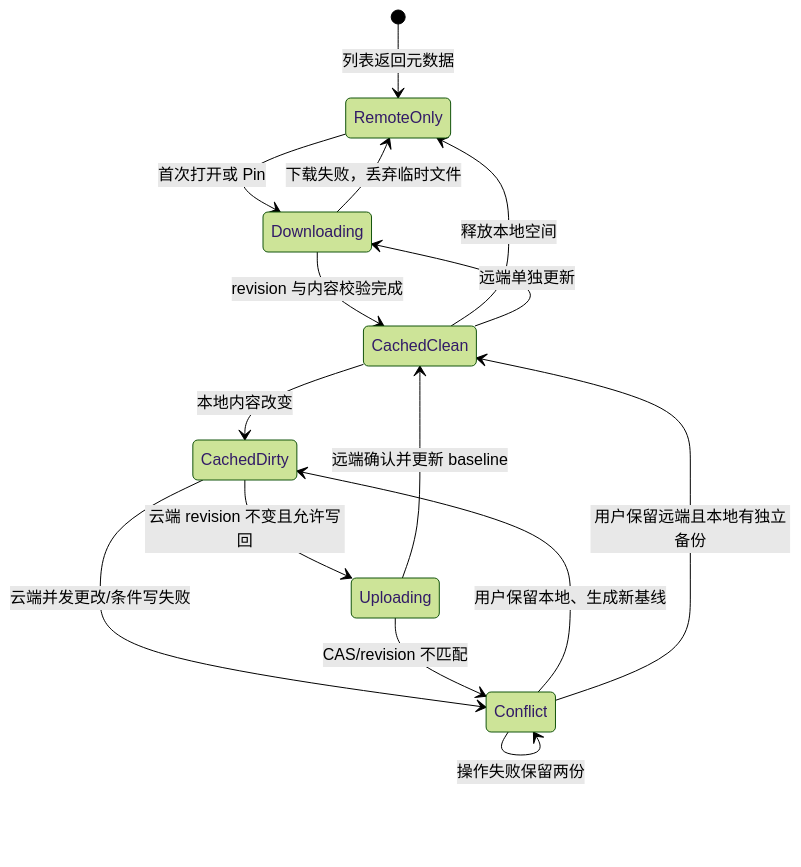
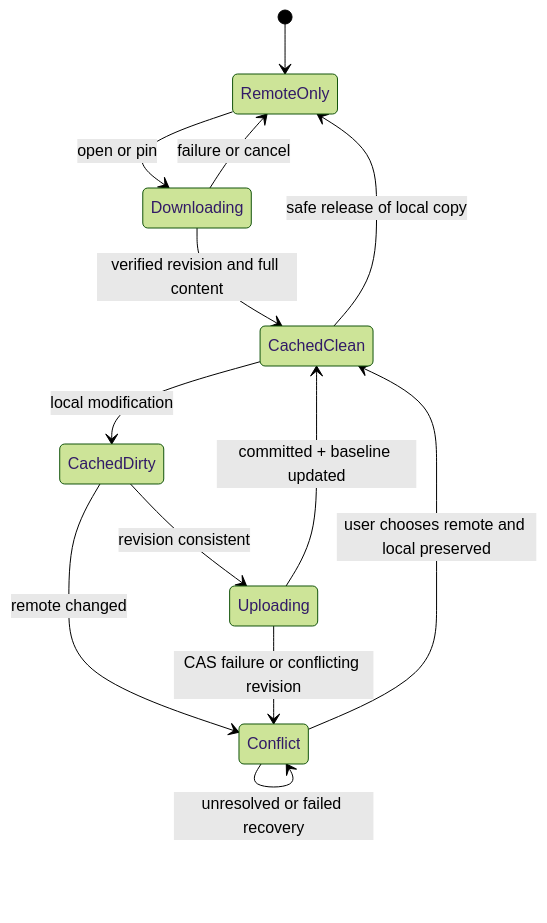
One commit to kevinhuang001/fiex changed the diagram in docs/plugins/05-VFS-CONNECTION-SYNC.md. Above: the diagram before and after it, drawn with Mermaid (forest theme). The commit also changed other lines of this file and 10 other files, not shown here.

````diff
--- a/docs/plugins/05-VFS-CONNECTION-SYNC.md
+++ b/docs/plugins/05-VFS-CONNECTION-SYNC.md
@@ -55,17 +39,15 @@
 ```mermaid
 stateDiagram-v2
-  [*] --> RemoteOnly: 列表返回元数据
-  RemoteOnly --> Downloading: 首次打开或 Pin
-  Downloading --> CachedClean: revision 与内容校验完成
-  Downloading --> RemoteOnly: 下载失败，丢弃临时文件
-  CachedClean --> CachedDirty: 本地内容改变
-  CachedClean --> RemoteOnly: 释放本地空间
-  CachedClean --> Downloading: 远端单独更新
-  CachedDirty --> Uploading: 云端 revision 不变且允许写回
-  Uploading --> CachedClean: 远端确认并更新 baseline
-  CachedDirty --> Conflict: 云端并发更改/条件写失败
-  Uploading --> Conflict: CAS/revision 不匹配
-  Conflict --> CachedDirty: 用户保留本地、生成新基线
-  Conflict --> CachedClean: 用户保留远端且本地有独立备份
-  Conflict --> Conflict: 操作失败保留两份
+  [*] --> RemoteOnly
+  RemoteOnly --> Downloading: open or pin
+  Downloading --> CachedClean: verified revision and full content
+  Downloading --> RemoteOnly: failure or cancel
+  CachedClean --> CachedDirty: local modification
+  CachedClean --> RemoteOnly: safe release of local copy
+  CachedDirty --> Uploading: revision consistent
+  Uploading --> CachedClean: committed + baseline updated
+  CachedDirty --> Conflict: remote changed
+  Uploading --> Conflict: CAS failure or conflicting revision
+  Conflict --> Conflict: unresolved or failed recovery
+  Conflict --> CachedClean: user chooses remote and local preserved
 ```
````
